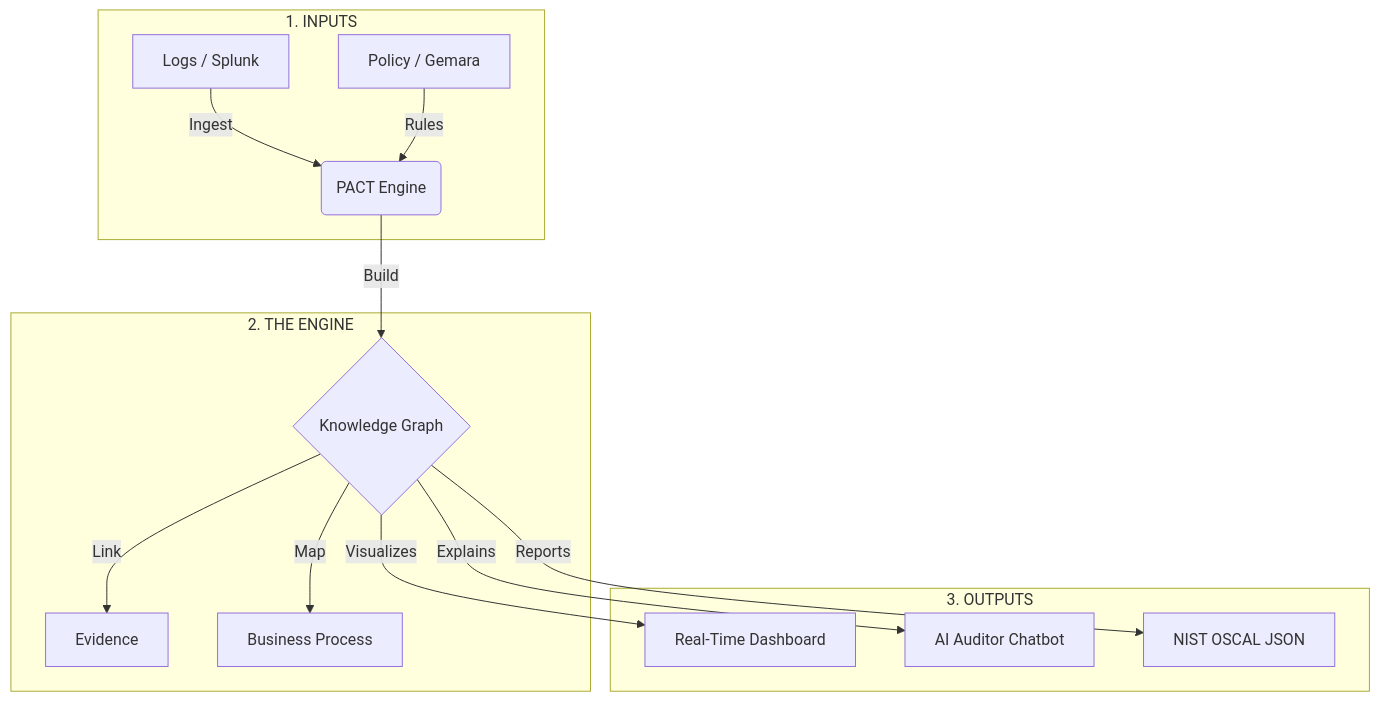
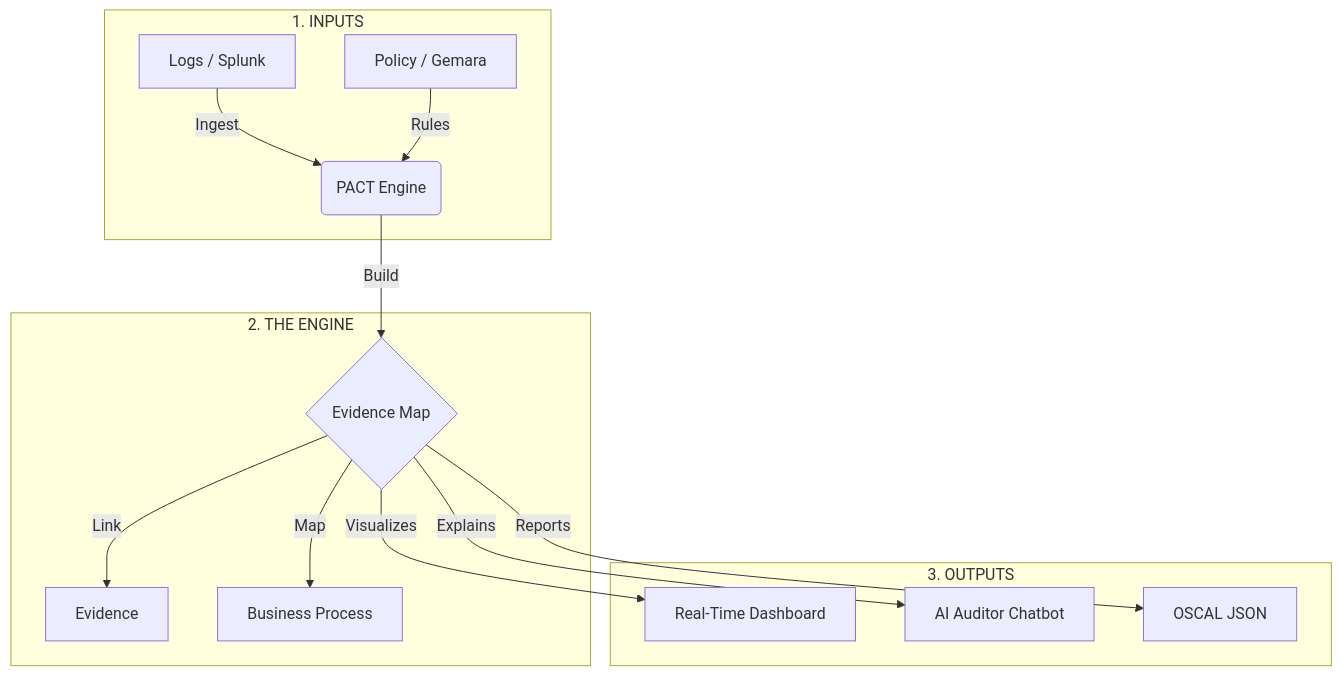
One commit to andreahall12/PACT-compliance-engine changed the diagram in README.md. Above: the diagram before and after it, drawn with Mermaid. The commit also changed other lines of this file, not shown here.

````diff
--- a/README.md
+++ b/README.md
@@ -95,19 +82,19 @@
 ```mermaid
 graph TD
     subgraph inputs [1. INPUTS]
     A[Logs / Splunk] -->|Ingest| E(PACT Engine)
     B[Policy / Gemara] -->|Rules| E
     end
 
     subgraph engine [2. THE ENGINE]
-    E -->|Build| G{Knowledge Graph}
+    E -->|Build| G{Evidence Map}
     G -->|Link| H[Evidence]
     G -->|Map| I[Business Process]
     end
 
     subgraph outputs [3. OUTPUTS]
     G -->|Visualizes| J[Real-Time Dashboard]
     G -->|Explains| K[AI Auditor Chatbot]
-    G -->|Reports| L[NIST OSCAL JSON]
+    G -->|Reports| L[OSCAL JSON]
     end
 ```
````
